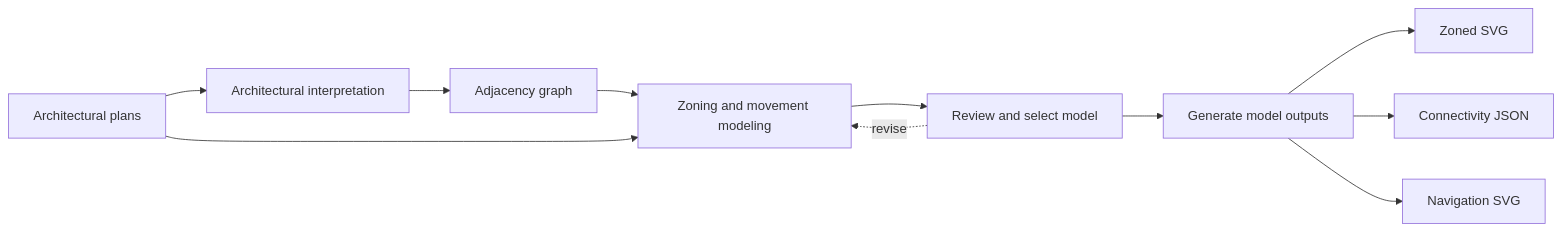
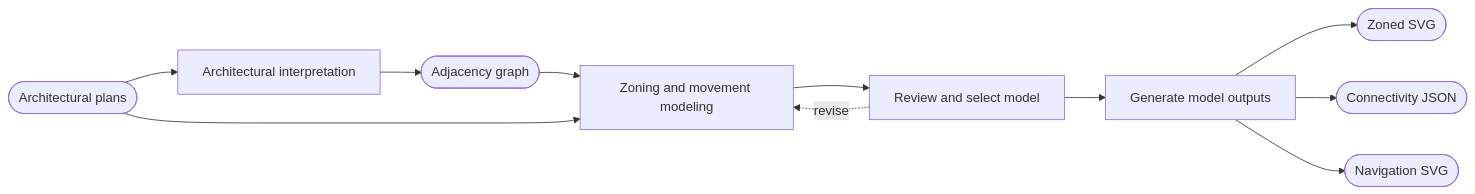
The second of 4 diagrams in docs/system-design.md (JanusWebHub/BFW_Wegweiser), drawn with Mermaid before and after one commit. The commit also changed other lines of this file and 10 other files, not shown here.

````diff
--- a/docs/system-design.md
+++ b/docs/system-design.md
@@ -46,13 +46,13 @@
 ```mermaid
 flowchart LR
-Plans[Architectural plans] --> Interpret[Architectural interpretation]
-Interpret --> Adjacency[Adjacency graph]
+Plans([Architectural plans]) --> Interpret[Architectural interpretation]
+Interpret --> Adjacency([Adjacency graph])
 Adjacency --> Zoning[Zoning and movement modeling]
 Plans --> Zoning
 Zoning --> Review[Review and select model]
 Review -. revise .-> Zoning
 Review --> Export[Generate model outputs]
-Export --> Zoned[Zoned SVG]
-Export --> Connectivity[Connectivity JSON]
-Export --> Map[Navigation SVG]
+Export --> Zoned([Zoned SVG])
+Export --> Connectivity([Connectivity JSON])
+Export --> Map([Navigation SVG])
 ```
````
